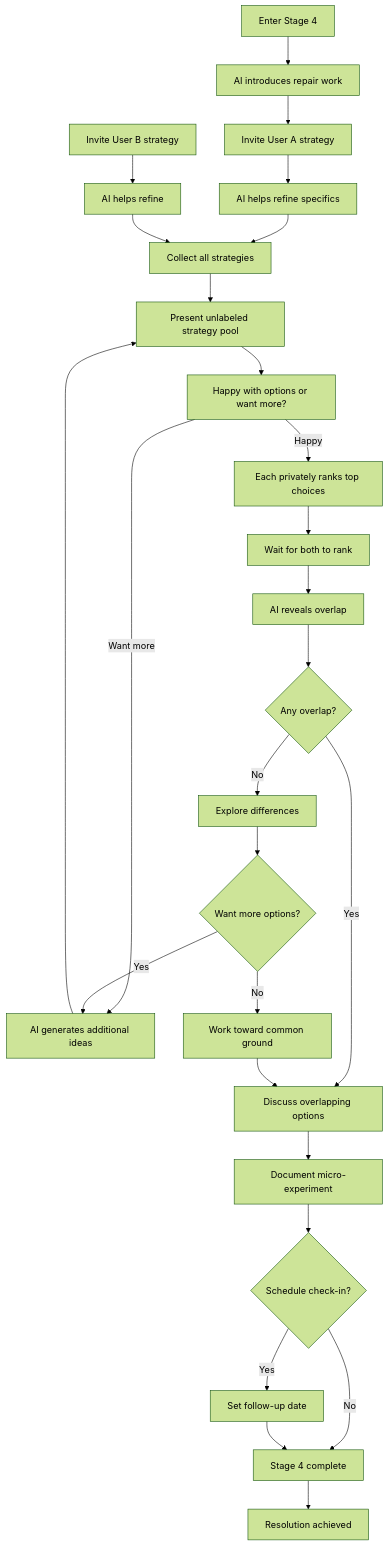
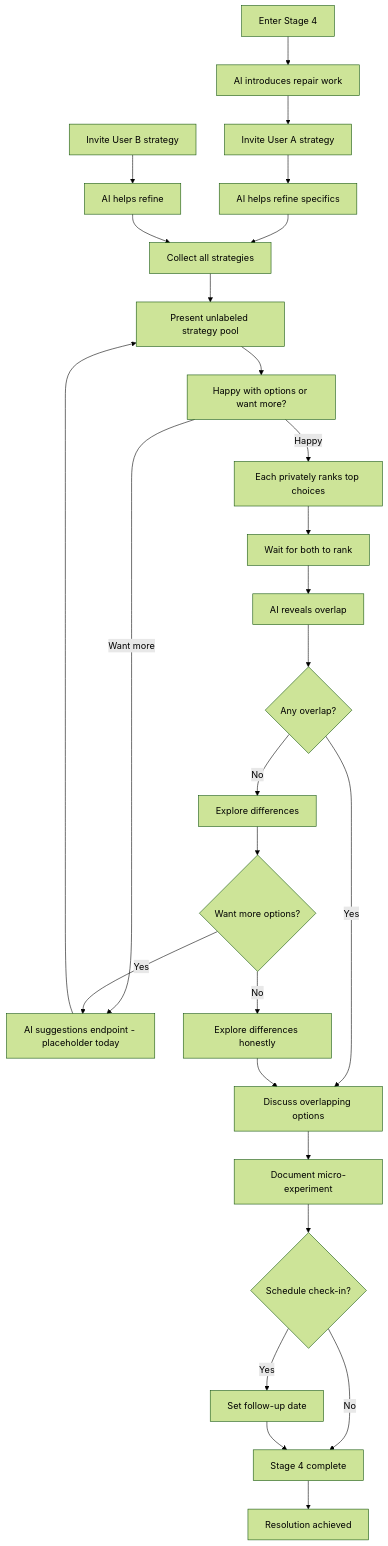
One commit to shantamg/meet-without-fear changed the first of 7 diagrams in docs/product/stages/stage-4-strategic-repair.md. Above: the diagram before and after it, drawn with Mermaid (forest theme). The commit also changed other lines of this file and 4 other files, not shown here.

````diff
--- a/docs/product/stages/stage-4-strategic-repair.md
+++ b/docs/product/stages/stage-4-strategic-repair.md
@@ -46,38 +46,38 @@
 ```mermaid
 flowchart TD
     Enter[Enter Stage 4] --> Intro[AI introduces repair work]
     Intro --> InviteA[Invite User A strategy]
     InviteA --> RefineA[AI helps refine specifics]
 
     InviteB[Invite User B strategy] --> RefineB[AI helps refine]
 
     RefineA --> Collect[Collect all strategies]
     RefineB --> Collect
 
     Collect --> Present[Present unlabeled strategy pool]
     Present --> Question[Happy with options or want more?]
 
-    Question -->|Want more| Generate[AI generates additional ideas]
+    Question -->|Want more| Generate[AI suggestions endpoint - placeholder today]
     Generate --> Present
 
     Question -->|Happy| PrivateRank[Each privately ranks top choices]
     PrivateRank --> WaitBoth[Wait for both to rank]
     WaitBoth --> Reveal[AI reveals overlap]
     Reveal --> Overlap{Any overlap?}
 
     Overlap -->|Yes| Discuss[Discuss overlapping options]
     Overlap -->|No| Explore[Explore differences]
     Explore --> MoreOptions{Want more options?}
     MoreOptions -->|Yes| Generate
-    MoreOptions -->|No| Negotiate[Work toward common ground]
+    MoreOptions -->|No| Negotiate[Explore differences honestly]
     Negotiate --> Discuss
 
     Discuss --> Document[Document micro-experiment]
 
     Document --> FollowUp{Schedule check-in?}
     FollowUp -->|Yes| Schedule[Set follow-up date]
     FollowUp -->|No| Complete[Stage 4 complete]
     Schedule --> Complete
 
     Complete --> Resolution[Resolution achieved]
 ```
````
